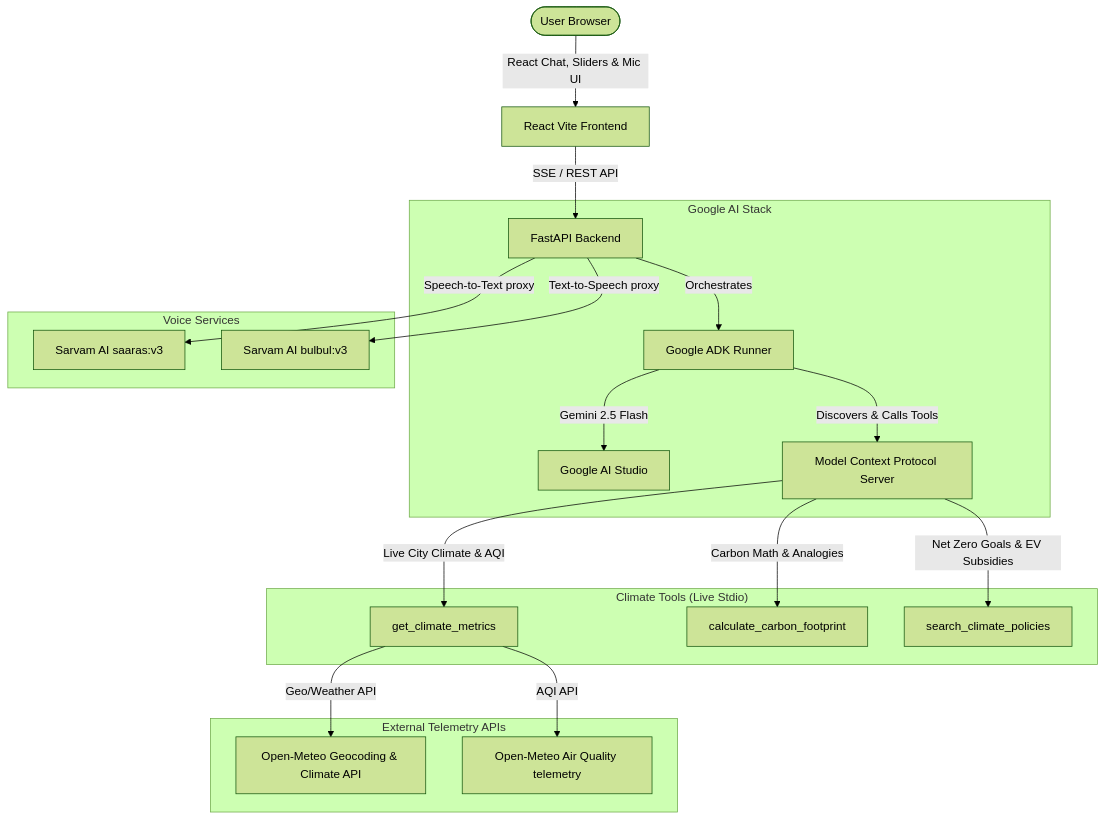
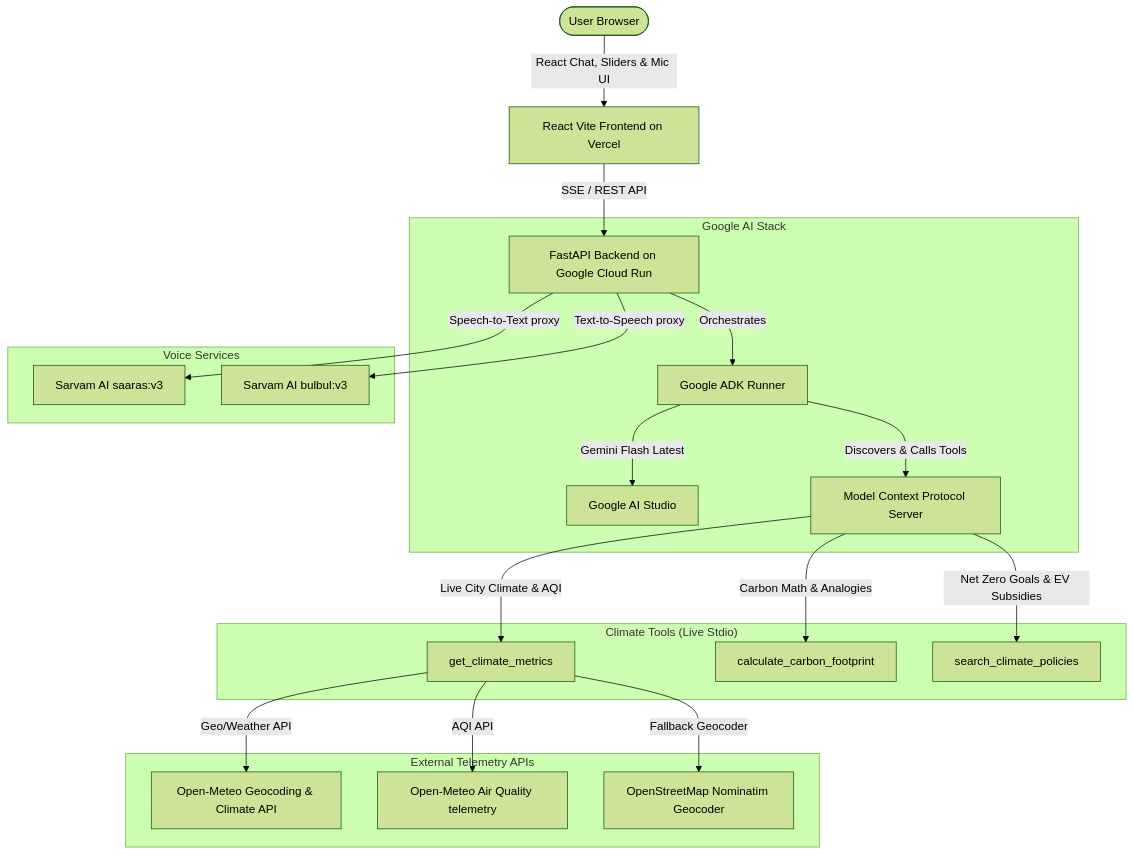
One commit to rockerspace/AI-Agent-Series-Builder-2026 changed the diagram in README.md. Above: the diagram before and after it, drawn with Mermaid (forest theme). The commit also changed other lines of this file, not shown here.

Commit message:
Update README.md to document OSM geocoding fallback engine and Google Cloud Run deployment

````diff
--- a/README.md
+++ b/README.md
@@ -47,27 +47,28 @@
 ```mermaid
 graph TD
-    User([User Browser]) -->|React Chat, Sliders & Mic UI| Frontend[React Vite Frontend]
-    Frontend -->|SSE / REST API| FastAPI[FastAPI Backend]
+    User([User Browser]) -->|React Chat, Sliders & Mic UI| Frontend[React Vite Frontend on Vercel]
+    Frontend -->|SSE / REST API| FastAPI[FastAPI Backend on Google Cloud Run]
     
     subgraph "Google AI Stack"
         FastAPI -->|Orchestrates| ADK[Google ADK Runner]
-        ADK -->|Gemini 2.5 Flash| Gemini[Google AI Studio]
+        ADK -->|Gemini Flash Latest| Gemini[Google AI Studio]
         ADK -->|Discovers & Calls Tools| MCP[Model Context Protocol Server]
     end
     
     subgraph "Voice Services"
         FastAPI -->|Speech-to-Text proxy| SarvamSTT[Sarvam AI saaras:v3]
         FastAPI -->|Text-to-Speech proxy| SarvamTTS[Sarvam AI bulbul:v3]
     end
     
     subgraph "Climate Tools (Live Stdio)"
         MCP -->|Live City Climate & AQI| get_climate_metrics[get_climate_metrics]
         MCP -->|Carbon Math & Analogies| calculate_carbon_footprint[calculate_carbon_footprint]
         MCP -->|Net Zero Goals & EV Subsidies| search_climate_policies[search_climate_policies]
     end
     
     subgraph "External Telemetry APIs"
         get_climate_metrics -->|Geo/Weather API| OpenMeteo[Open-Meteo Geocoding & Climate API]
         get_climate_metrics -->|AQI API| OpenAQ[Open-Meteo Air Quality telemetry]
+        get_climate_metrics -->|Fallback Geocoder| OSM[OpenStreetMap Nominatim Geocoder]
     end
 ```
````
